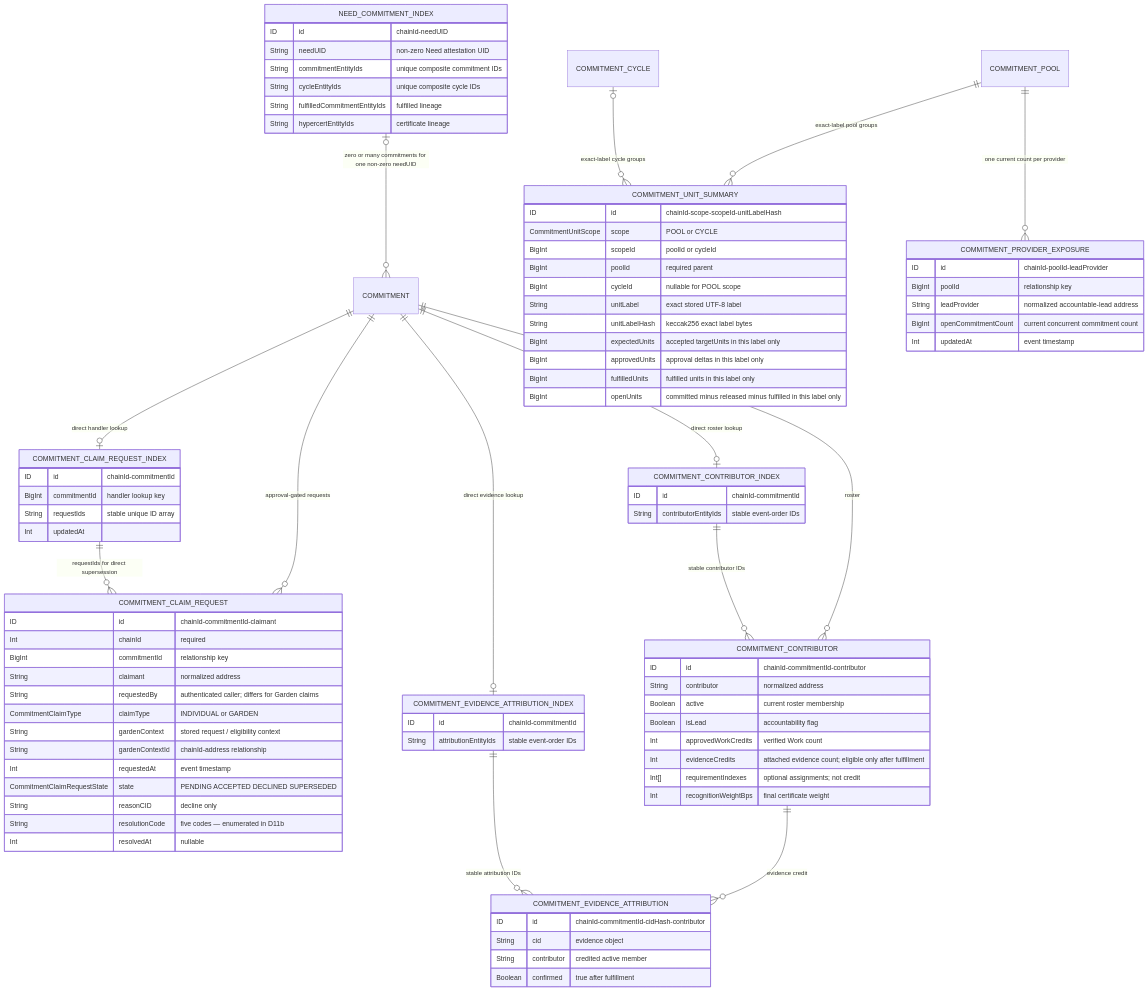
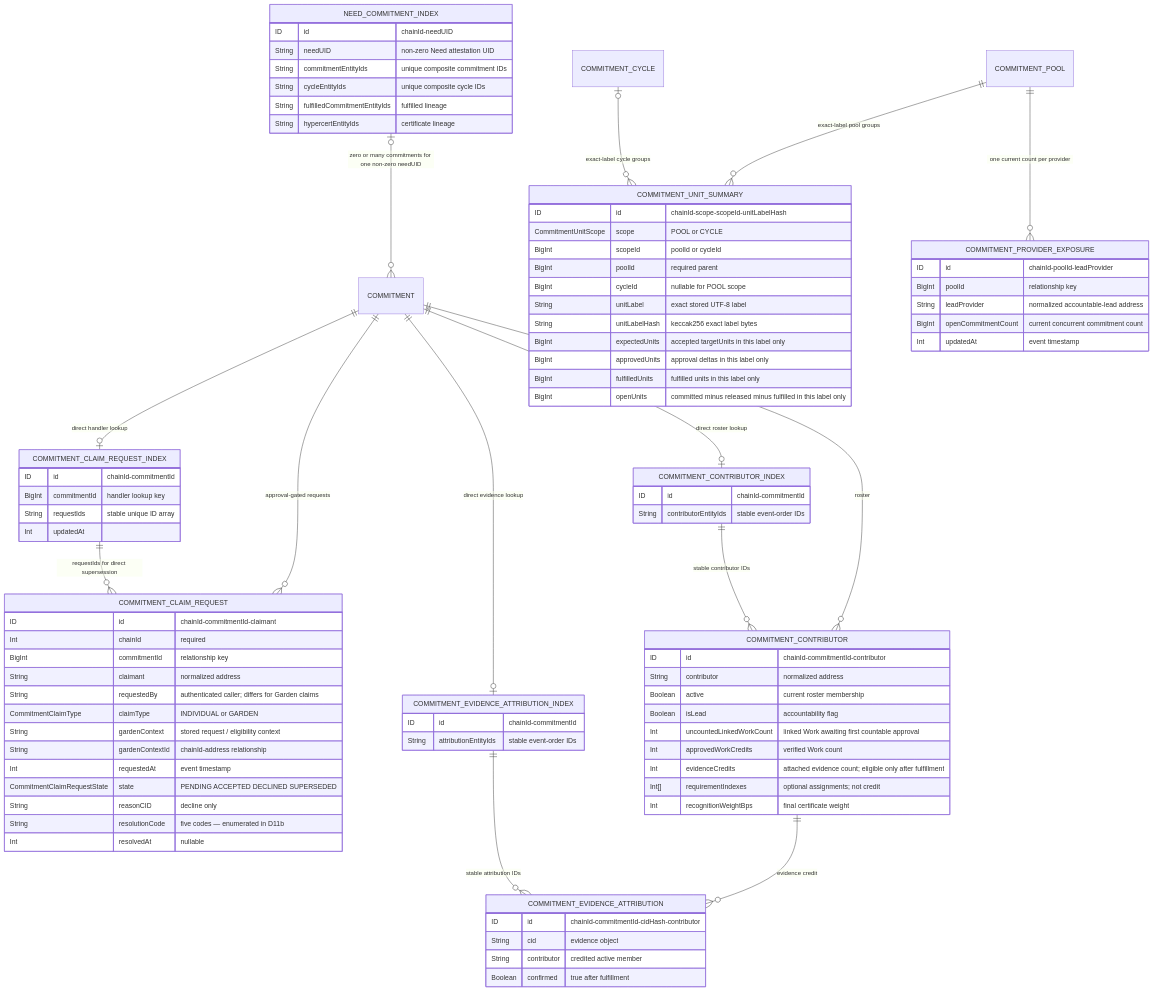
One commit to greenpill-dev-guild/green-goods changed diagram 16 of 35 in .plans/active/commitment-pooling/diagrams.md. Above: the diagram before and after it, drawn with Mermaid. The commit also changed other lines of this file and 18 other files, not shown here.

Commit message:
fix(agent): close pooling architecture gaps

```diff
--- a/.plans/active/commitment-pooling/diagrams.md
+++ b/.plans/active/commitment-pooling/diagrams.md
@@ -827,6 +827,7 @@
     String contributor "normalized address"
     Boolean active "current roster membership"
     Boolean isLead "accountability flag"
+    Int uncountedLinkedWorkCount "linked Work awaiting first countable approval"
     Int approvedWorkCredits "verified Work count"
     Int evidenceCredits "attached evidence count; eligible only after fulfillment"
     Int[] requirementIndexes "optional assignments; not credit"
```
